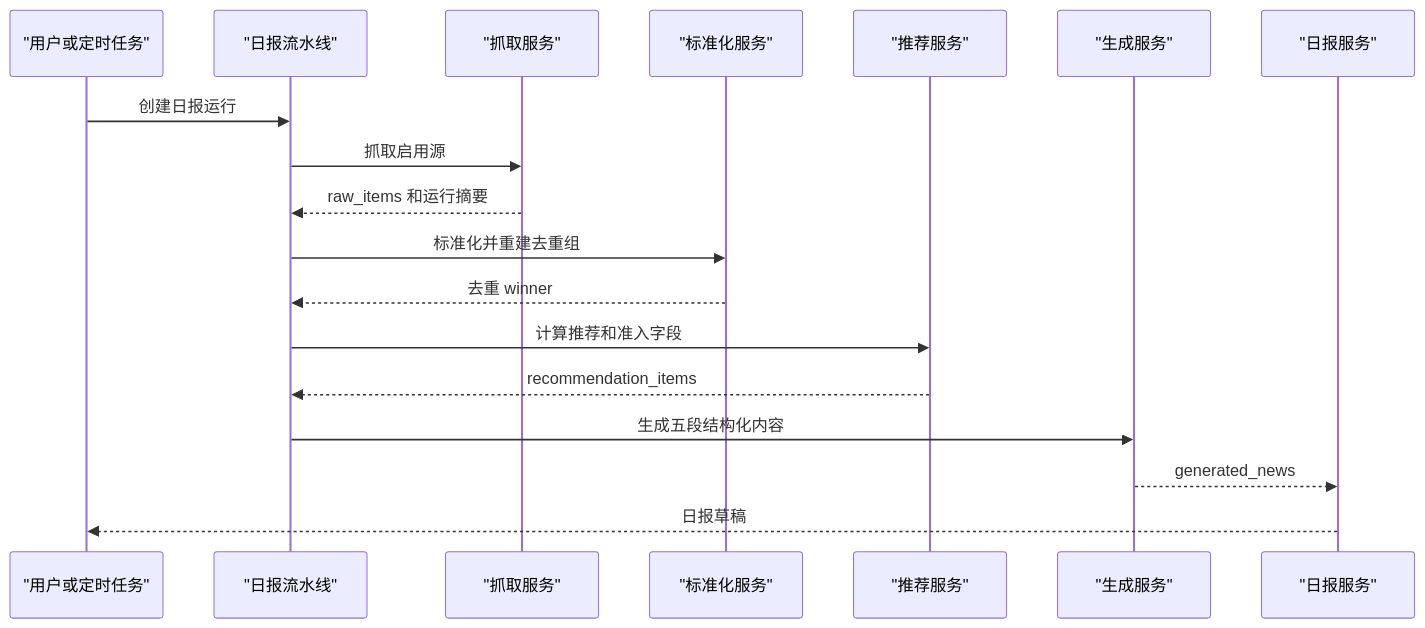
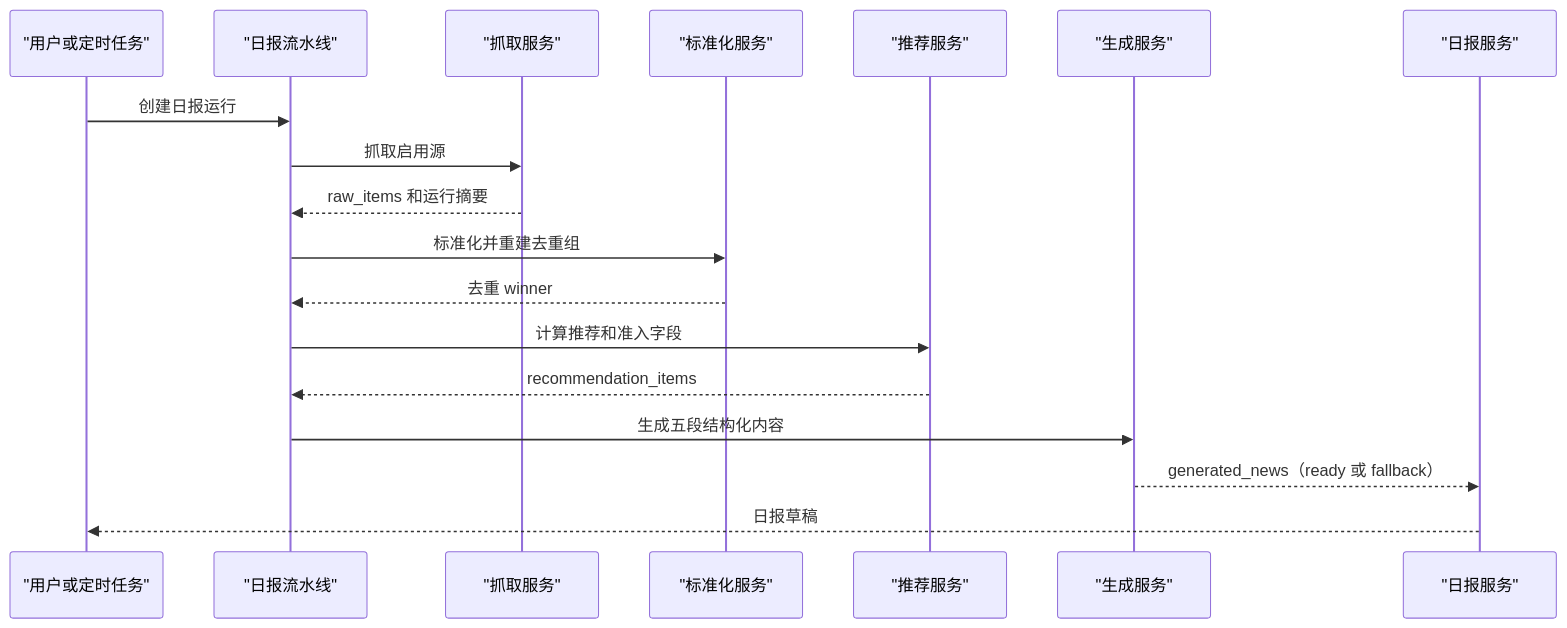
One commit to fefish/InfoWatchtower changed the third of 5 diagrams in docs/software-design-description.md. Above: the diagram before and after it, drawn with Mermaid. The commit also changed other lines of this file and 120 other files, not shown here.

````diff
--- a/docs/software-design-description.md
+++ b/docs/software-design-description.md
@@ -196,20 +329,20 @@
 ```mermaid
 sequenceDiagram
   participant User as "用户或定时任务"
   participant Pipeline as "日报流水线"
   participant Ingestion as "抓取服务"
   participant Normalize as "标准化服务"
   participant Recommend as "推荐服务"
   participant Generate as "生成服务"
   participant Report as "日报服务"
   User->>Pipeline: 创建日报运行
   Pipeline->>Ingestion: 抓取启用源
   Ingestion-->>Pipeline: raw_items 和运行摘要
   Pipeline->>Normalize: 标准化并重建去重组
   Normalize-->>Pipeline: 去重 winner
   Pipeline->>Recommend: 计算推荐和准入字段
   Recommend-->>Pipeline: recommendation_items
   Pipeline->>Generate: 生成五段结构化内容
-  Generate-->>Report: generated_news
+  Generate-->>Report: generated_news（ready 或 fallback）
   Report-->>User: 日报草稿
 ```
````
